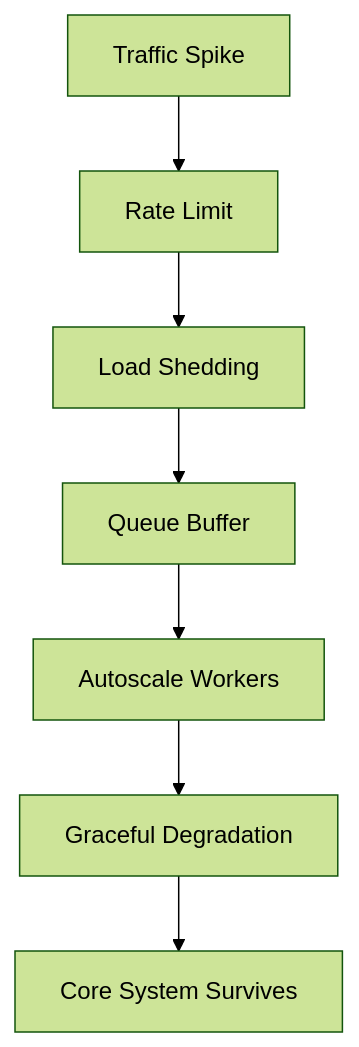
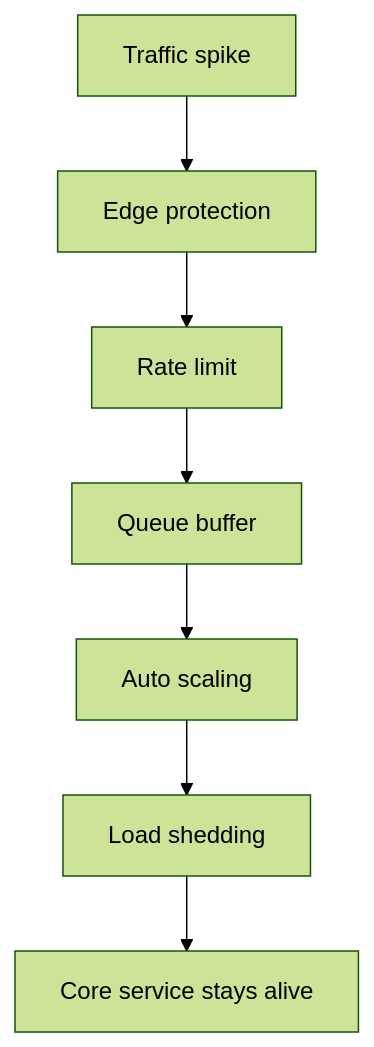
The sixth of 16 diagrams in HLD_NOTES/002_TYPES_OF_INTERVIEWS/000_All_types_quick_reference.md (mthaiseer/springcloud-systemdesign-notes), drawn with Mermaid (forest theme) before and after one commit. The commit also changed other lines of this file and 1 other file, not shown here.

````diff
--- a/HLD_NOTES/002_TYPES_OF_INTERVIEWS/000_All_types_quick_reference.md
+++ b/HLD_NOTES/002_TYPES_OF_INTERVIEWS/000_All_types_quick_reference.md
@@ -440,9 +764,16 @@
 ```mermaid
 flowchart TD
-  A[Traffic Spike] --> B[Rate Limit]
-  B --> C[Load Shedding]
-  C --> D[Queue Buffer]
-  D --> E[Autoscale Workers]
-  E --> F[Graceful Degradation]
-  F --> G[Core System Survives]
+  A[Traffic spike]
+  B[Edge protection]
+  C[Rate limit]
+  D[Queue buffer]
+  E[Auto scaling]
+  F[Load shedding]
+  G[Core service stays alive]
+  A --> B
+  B --> C
+  C --> D
+  D --> E
+  E --> F
+  F --> G
 ```
````
